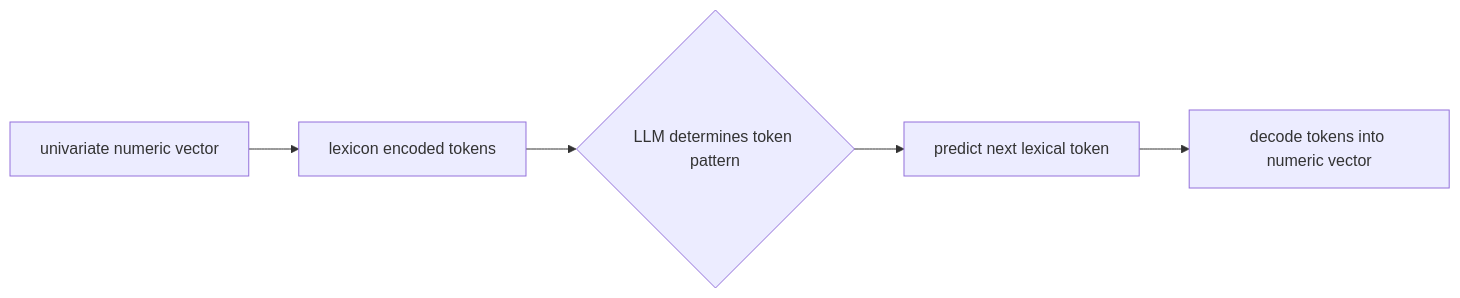
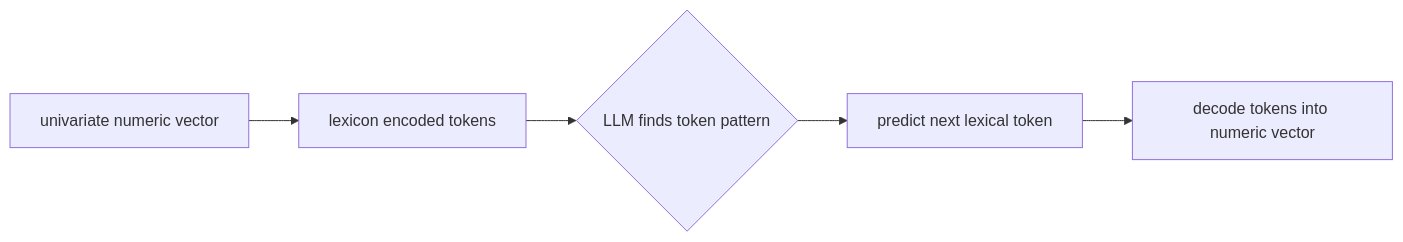
Before and after one commit to frankiethull/tense: the diagram in README.Rmd, drawn with Mermaid. The commit also changed other lines of this file and 7 other files, not shown here.

````diff
--- a/README.Rmd
+++ b/README.Rmd
@@ -27,7 +27,7 @@
-```{mermaid}
+```mermaid
 flowchart LR
   A[univariate numeric vector] --> B[lexicon encoded tokens]
-  B --> C{LLM determines token pattern}
+  B --> C{LLM finds token pattern}
   C --> D[predict next lexical token]
   D --> E[decode tokens into numeric vector]
 ```
````
